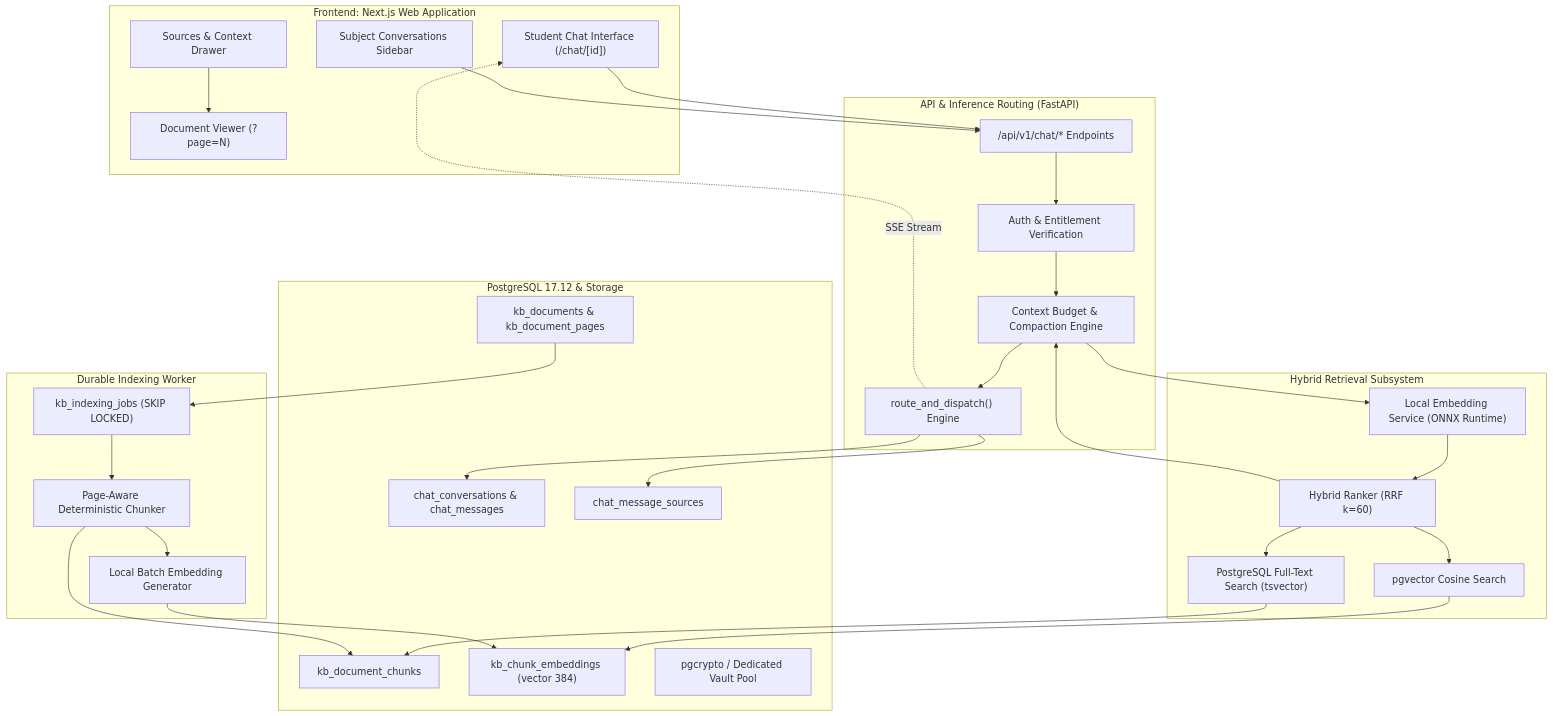
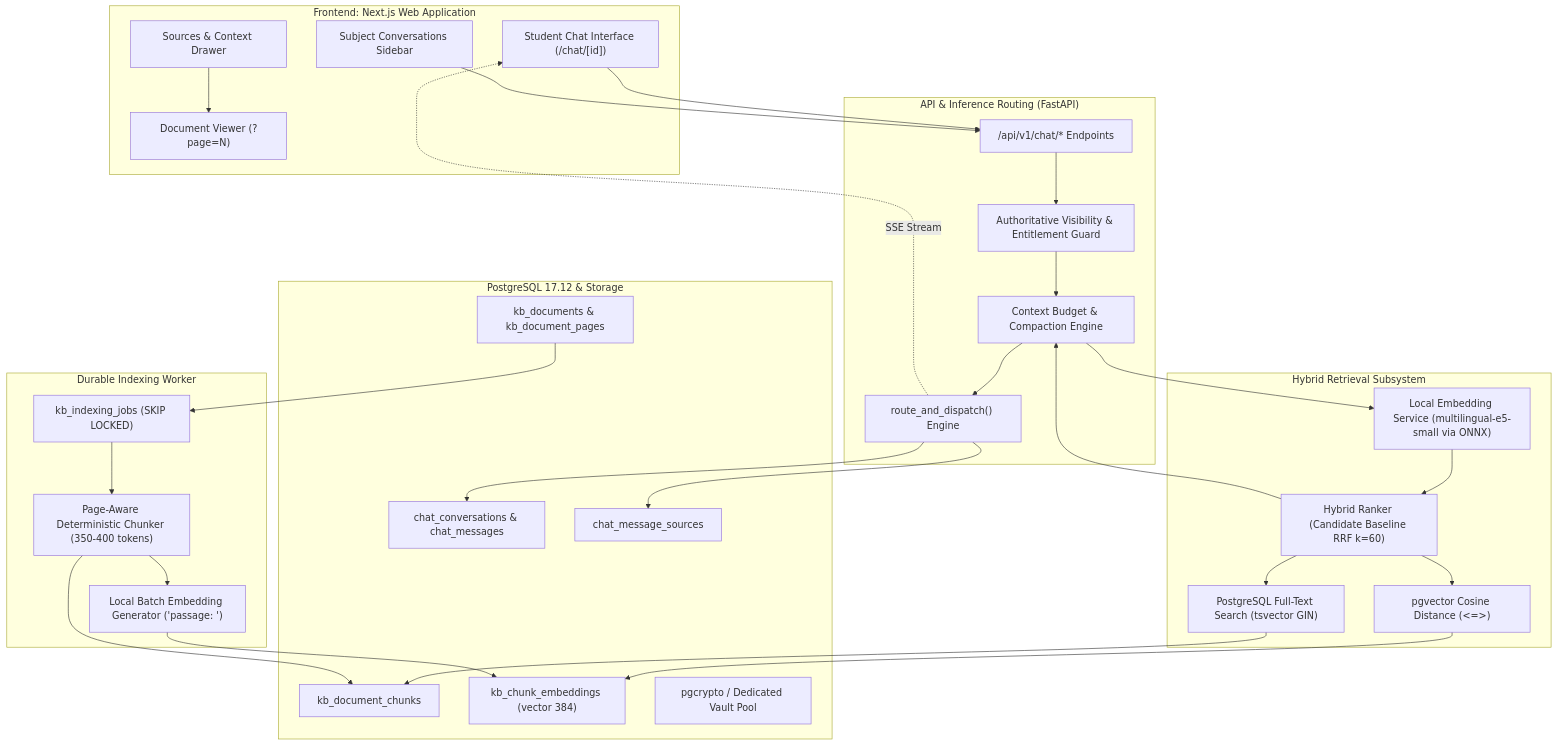
The first of 2 diagrams in docs/phase4/M4_0_ARCHITECTURE_AND_EVALUATION.md (rimmon1234/RagBait), drawn with Mermaid before and after one commit. The commit also changed other lines of this file and 11 other files, not shown here.

Commit message:
docs(phase4): refine embedding, provenance and generation architecture

````diff
--- a/docs/phase4/M4_0_ARCHITECTURE_AND_EVALUATION.md
+++ b/docs/phase4/M4_0_ARCHITECTURE_AND_EVALUATION.md
@@ -20,61 +20,61 @@
 ```mermaid
 flowchart TD
     subgraph Client ["Frontend: Next.js Web Application"]
         UI["Student Chat Interface (/chat/[id])"]
         Sidebar["Subject Conversations Sidebar"]
         SourcesPanel["Sources & Context Drawer"]
         Reader["Document Viewer (?page=N)"]
     end
 
     subgraph Gateway ["API & Inference Routing (FastAPI)"]
         ChatRouter["/api/v1/chat/* Endpoints"]
-        AuthEntitle["Auth & Entitlement Verification"]
+        AuthEntitle["Authoritative Visibility & Entitlement Guard"]
         ContextMgr["Context Budget & Compaction Engine"]
         RouteExec["route_and_dispatch() Engine"]
     end
 
     subgraph Retrieval ["Hybrid Retrieval Subsystem"]
-        QueryEmbed["Local Embedding Service (ONNX Runtime)"]
-        HybridSearch["Hybrid Ranker (RRF k=60)"]
-        VectorSearch["pgvector Cosine Search"]
-        KeywordSearch["PostgreSQL Full-Text Search (tsvector)"]
+        QueryEmbed["Local Embedding Service (multilingual-e5-small via ONNX)"]
+        HybridSearch["Hybrid Ranker (Candidate Baseline RRF k=60)"]
+        VectorSearch["pgvector Cosine Distance (<=>)"]
+        KeywordSearch["PostgreSQL Full-Text Search (tsvector GIN)"]
     end
 
     subgraph Indexing ["Durable Indexing Worker"]
         JobQueue["kb_indexing_jobs (SKIP LOCKED)"]
-        Chunker["Page-Aware Deterministic Chunker"]
-        BatchEmbed["Local Batch Embedding Generator"]
+        Chunker["Page-Aware Deterministic Chunker (350-400 tokens)"]
+        BatchEmbed["Local Batch Embedding Generator ('passage: ')"]
     end
 
     subgraph Storage ["PostgreSQL 17.12 & Storage"]
         KB_Docs["kb_documents & kb_document_pages"]
         Chunks["kb_document_chunks"]
         Vectors["kb_chunk_embeddings (vector 384)"]
         ChatDB["chat_conversations & chat_messages"]
         EvidenceDB["chat_message_sources"]
         Vault["pgcrypto / Dedicated Vault Pool"]
     end
 
     UI --> ChatRouter
     Sidebar --> ChatRouter
     SourcesPanel --> Reader
     ChatRouter --> AuthEntitle
     AuthEntitle --> ContextMgr
     ContextMgr --> QueryEmbed
     QueryEmbed --> HybridSearch
     HybridSearch --> VectorSearch
     HybridSearch --> KeywordSearch
     VectorSearch --> Vectors
     KeywordSearch --> Chunks
     HybridSearch --> ContextMgr
     ContextMgr --> RouteExec
     RouteExec --> ChatDB
     RouteExec --> EvidenceDB
     RouteExec -. SSE Stream .-> UI
 
     KB_Docs --> JobQueue
     JobQueue --> Chunker
     Chunker --> Chunks
     Chunker --> BatchEmbed
     BatchEmbed --> Vectors
 ```
````
